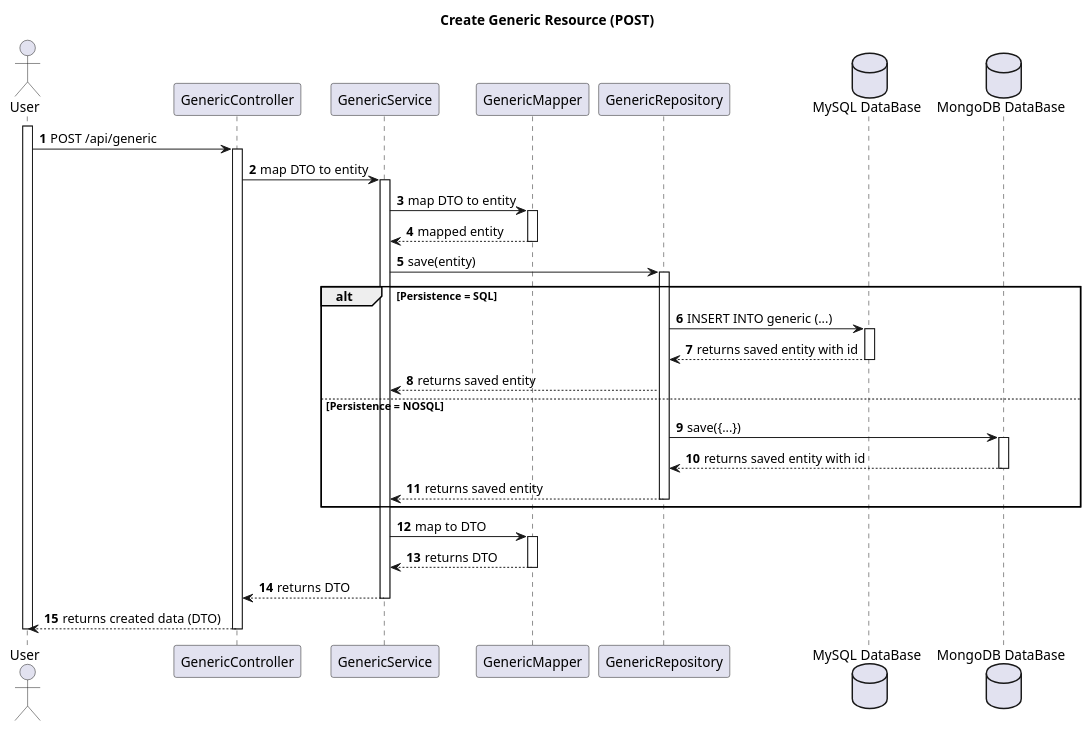
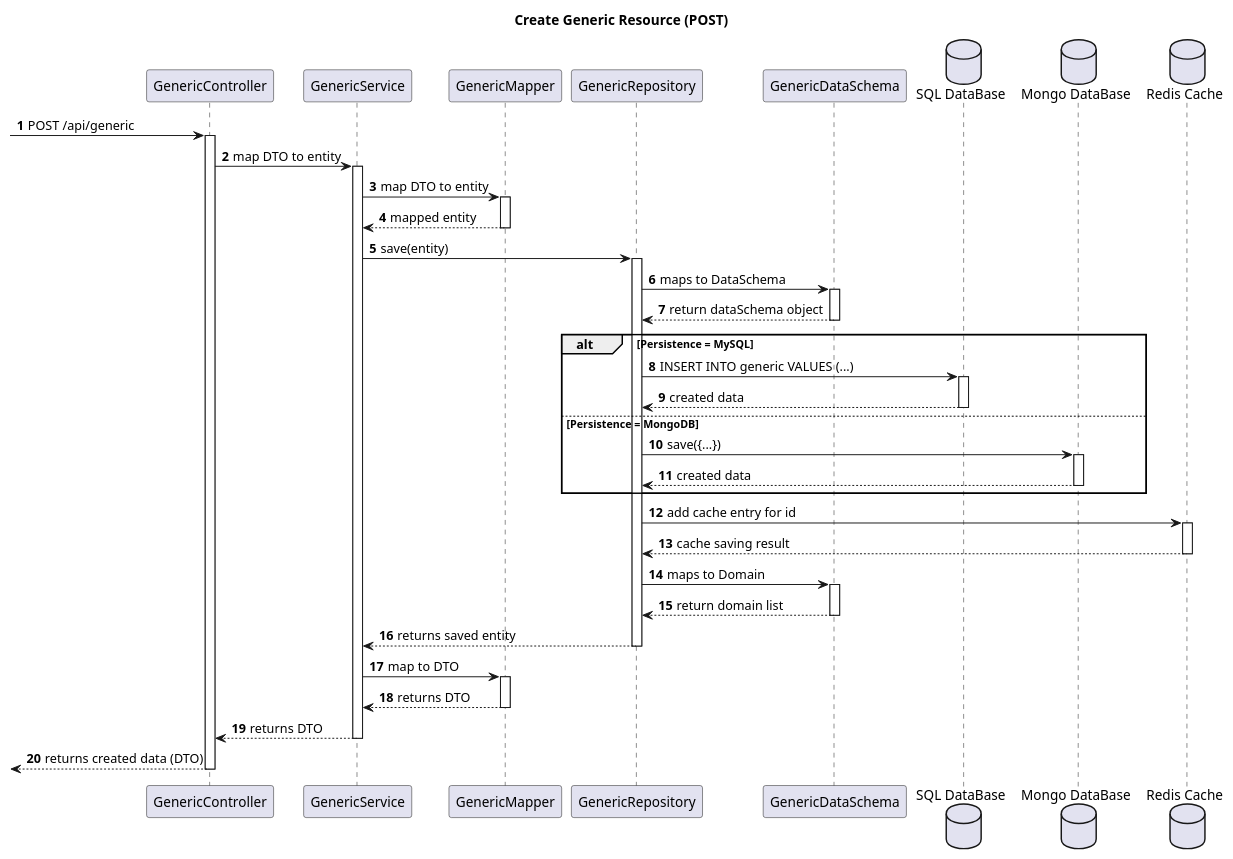
The diagram in Docs/System-To-Be/level3/genericSequenceDiagrams/post_sd.puml (rutemf/1220944_1220772_G01), drawn with PlantUML before and after one commit. The commit also changed 7 other files, not shown here.

```diff
--- a/Docs/System-To-Be/level3/genericSequenceDiagrams/post_sd.puml
+++ b/Docs/System-To-Be/level3/genericSequenceDiagrams/post_sd.puml
@@ -1,68 +1,82 @@
 @startuml
 
 autonumber
 
 title Create Generic Resource (POST)
-actor "User" as User
+
 participant "GenericController" as Controller
 participant "GenericService" as Service
 participant "GenericMapper" as Mapper
 participant "GenericRepository" as Repo
-database "MySQL DataBase" as SQL
-database "MongoDB DataBase" as NOSQL
+participant "GenericDataSchema" as DataSchema
+database "SQL DataBase" as MYSQL
+database "Mongo DataBase" as MONGO
+database "Redis Cache" as REDIS
 
-
-activate User
-
-User -> Controller: POST /api/generic
+-> Controller: POST /api/generic
 activate Controller
 
     Controller -> Service: map DTO to entity
     activate Service
 
         Service -> Mapper: map DTO to entity
         activate Mapper
 
             Mapper --> Service: mapped entity
         deactivate Mapper
 
         Service -> Repo: save(entity)
         activate Repo
 
-        alt Persistence = SQL
+            Repo -> DataSchema: maps to DataSchema
+            activate DataSchema
 
-            Repo -> SQL: INSERT INTO generic (...)
-            activate SQL
+                DataSchema --> Repo: return dataSchema object
+            deactivate DataSchema
 
-                SQL --> Repo: returns saved entity with id
-            deactivate SQL
+            alt Persistence = MySQL
+
+            Repo -> MYSQL: INSERT INTO generic VALUES (...)
+            activate MYSQL
+
+                MYSQL --> Repo: created data
+            deactivate MYSQL
+
+            else Persistence = MongoDB
+
+            Repo -> MONGO: save({...})
+            activate MONGO
+
+                MONGO --> Repo: created data
+            deactivate MONGO
+
+            end
+
+            Repo -> REDIS: add cache entry for id
+            activate REDIS
+
+                REDIS --> Repo: cache saving result
+            deactivate REDIS
+
+            Repo -> DataSchema: maps to Domain
+            activate DataSchema
+
+                DataSchema --> Repo: return domain list
+            deactivate DataSchema
 
             Repo --> Service: returns saved entity
-
-        else Persistence = NOSQL
-
-          Repo -> NOSQL: save({...})
-                    activate NOSQL
-
-                        NOSQL --> Repo: returns saved entity with id
-                    deactivate NOSQL
-
-                    Repo --> Service: returns saved entity
-                deactivate Repo
-        end
+        deactivate Repo
 
         Service -> Mapper: map to DTO
         activate Mapper
 
             Mapper --> Service: returns DTO
         deactivate Mapper
 
         Service --> Controller: returns DTO
     deactivate Service
 
-User <-- Controller: returns created data (DTO)
+<-- Controller: returns created data (DTO)
 deactivate Controller
 
-deactivate User
-
 @enduml
```
